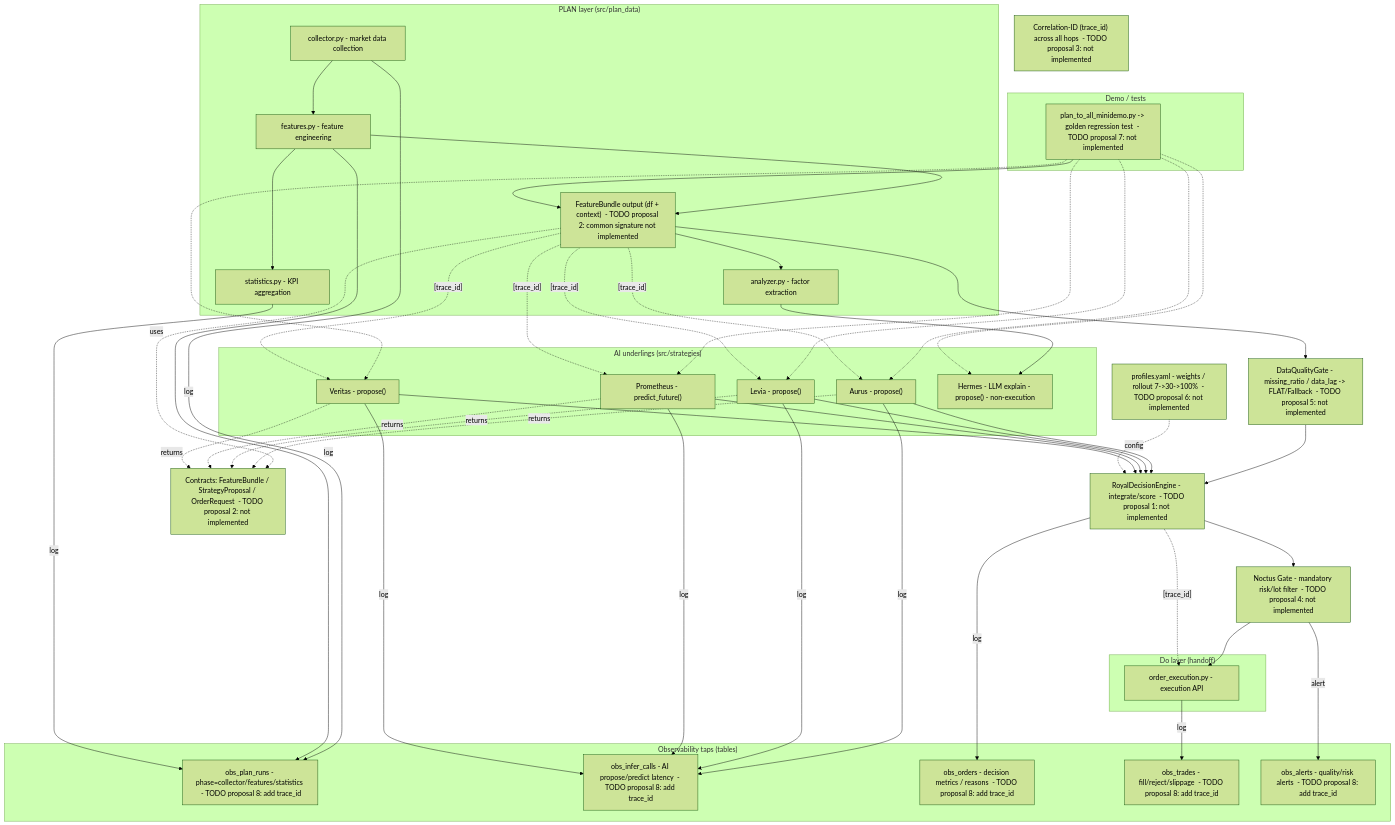
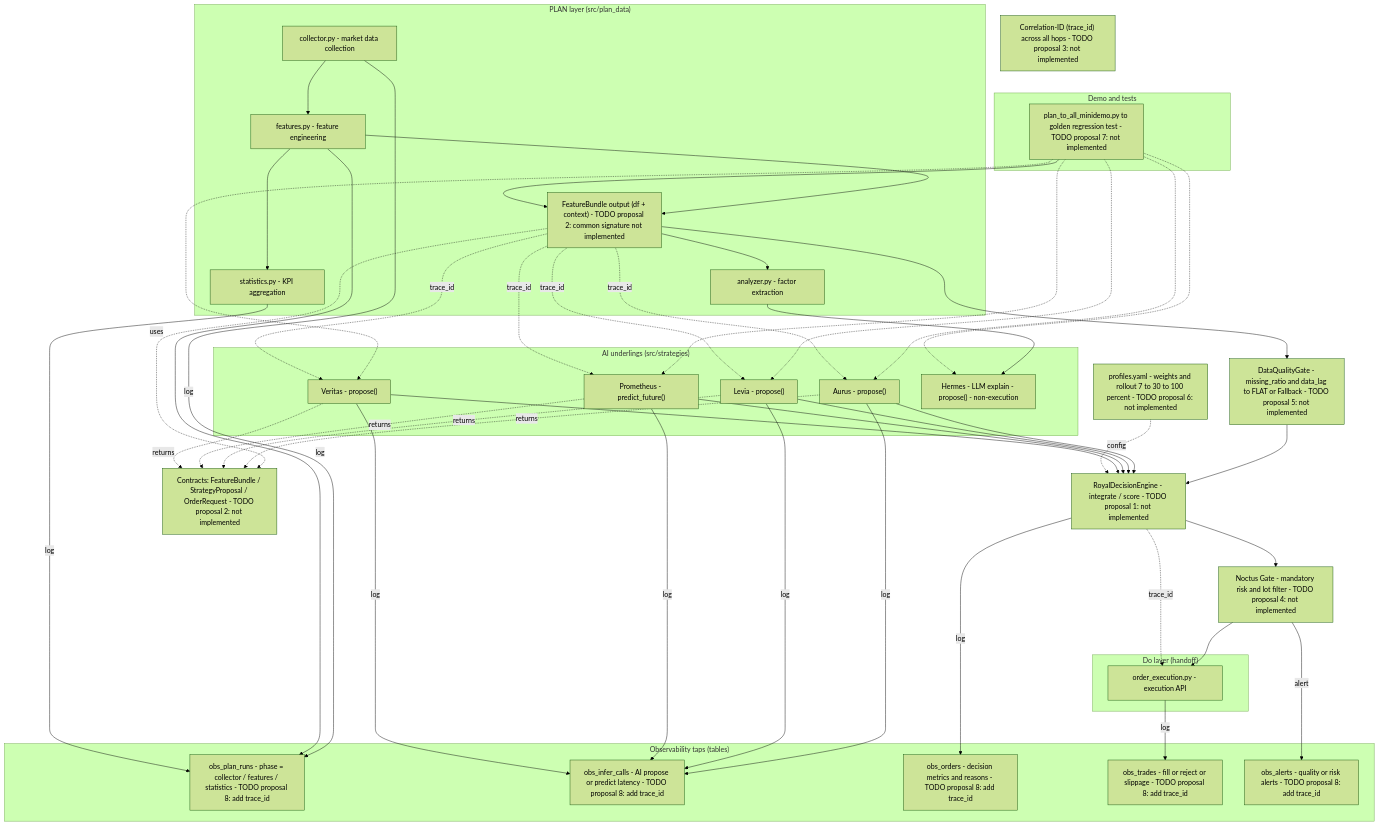
The diagram in docs/architecture/diagrams/plan_layer.mmd (Noctria/noctria_kingdom), drawn with Mermaid (forest theme) before and after one commit.

````diff
--- a/docs/architecture/diagrams/plan_layer.mmd
+++ b/docs/architecture/diagrams/plan_layer.mmd
@@ -1,99 +1,97 @@
-```mermaid
 graph TD
 
 %% ======= PLAN layer =======
 subgraph PLAN ["PLAN layer (src/plan_data)"]
   COLLECT["collector.py - market data collection"]
   FEATURES["features.py - feature engineering"]
-  FEATDF["FeatureBundle output (df + context)  - TODO proposal 2: common signature not implemented"]
+  FEATDF["FeatureBundle output (df + context) - TODO proposal 2: common signature not implemented"]
   ANALYZER["analyzer.py - factor extraction"]
   STATS["statistics.py - KPI aggregation"]
 end
 
 %% ======= AI underlings (Hermes is non-execution) =======
 subgraph AI_UNDERLINGS ["AI underlings (src/strategies)"]
   AURUS["Aurus - propose()"]
   LEVIA["Levia - propose()"]
   PROM["Prometheus - predict_future()"]
   VERITAS["Veritas - propose()"]
   HERMES["Hermes - LLM explain - propose() - non-execution"]
 end
 
 %% ======= Decision integration & risk gate (not implemented) =======
-DECISION["RoyalDecisionEngine - integrate/score  - TODO proposal 1: not implemented"]
-NOCTUSGATE["Noctus Gate - mandatory risk/lot filter  - TODO proposal 4: not implemented"]
-QUALITY["DataQualityGate - missing_ratio / data_lag -> FLAT/Fallback  - TODO proposal 5: not implemented"]
-PROFILES["profiles.yaml - weights / rollout 7->30->100%  - TODO proposal 6: not implemented"]
-CONTRACTS["Contracts: FeatureBundle / StrategyProposal / OrderRequest  - TODO proposal 2: not implemented"]
-TRACEID["Correlation-ID (trace_id) across all hops  - TODO proposal 3: not implemented"]
+DECISION["RoyalDecisionEngine - integrate / score - TODO proposal 1: not implemented"]
+NOCTUSGATE["Noctus Gate - mandatory risk and lot filter - TODO proposal 4: not implemented"]
+QUALITY["DataQualityGate - missing_ratio and data_lag to FLAT or Fallback - TODO proposal 5: not implemented"]
+PROFILES["profiles.yaml - weights and rollout 7 to 30 to 100 percent - TODO proposal 6: not implemented"]
+CONTRACTS["Contracts: FeatureBundle / StrategyProposal / OrderRequest - TODO proposal 2: not implemented"]
+TRACEID["Correlation-ID (trace_id) across all hops - TODO proposal 3: not implemented"]
 
 %% ======= Do layer (handoff) =======
 subgraph DO_LAYER ["Do layer (handoff)"]
   ORDER["order_execution.py - execution API"]
 end
 
 %% ======= Demo / tests (not implemented) =======
-subgraph DEMO ["Demo / tests"]
-  GOLDEN["plan_to_all_minidemo.py -> golden regression test  - TODO proposal 7: not implemented"]
+subgraph DEMO ["Demo and tests"]
+  GOLDEN["plan_to_all_minidemo.py to golden regression test - TODO proposal 7: not implemented"]
 end
 
 %% ======= Observability taps (not implemented) =======
 subgraph OBS ["Observability taps (tables)"]
-  OBS_PLAN["obs_plan_runs - phase=collector/features/statistics  - TODO proposal 8: add trace_id"]
-  OBS_INFER["obs_infer_calls - AI propose/predict latency  - TODO proposal 8: add trace_id"]
-  OBS_ORD["obs_orders - decision metrics / reasons  - TODO proposal 8: add trace_id"]
-  OBS_TRD["obs_trades - fill/reject/slippage  - TODO proposal 8: add trace_id"]
-  OBS_ALT["obs_alerts - quality/risk alerts  - TODO proposal 8: add trace_id"]
+  OBS_PLAN["obs_plan_runs - phase = collector / features / statistics - TODO proposal 8: add trace_id"]
+  OBS_INFER["obs_infer_calls - AI propose or predict latency - TODO proposal 8: add trace_id"]
+  OBS_ORD["obs_orders - decision metrics and reasons - TODO proposal 8: add trace_id"]
+  OBS_TRD["obs_trades - fill or reject or slippage - TODO proposal 8: add trace_id"]
+  OBS_ALT["obs_alerts - quality or risk alerts - TODO proposal 8: add trace_id"]
 end
 
 %% ======= PLAN flow =======
 COLLECT --> FEATURES --> STATS
 FEATURES --> FEATDF
 FEATDF --> ANALYZER
 ANALYZER --> HERMES
 
 %% ======= Contracts (not implemented) =======
 FEATDF -. uses .-> CONTRACTS
 AURUS -. returns .-> CONTRACTS
 LEVIA -. returns .-> CONTRACTS
 PROM  -. returns .-> CONTRACTS
 VERITAS -. returns .-> CONTRACTS
 
 %% ======= Decision integration path (not implemented) =======
 FEATDF --> QUALITY
 QUALITY --> DECISION
 AURUS --> DECISION
 LEVIA --> DECISION
 PROM  --> DECISION
 VERITAS --> DECISION
 PROFILES -. config .-> DECISION
 DECISION --> NOCTUSGATE
 NOCTUSGATE --> ORDER
 
 %% ======= Demo edges =======
 GOLDEN --> FEATDF
 GOLDEN -.-> AURUS
 GOLDEN -.-> LEVIA
 GOLDEN -.-> PROM
 GOLDEN -.-> VERITAS
 GOLDEN -.-> HERMES
 
 %% ======= Observability taps =======
 COLLECT  -->|log| OBS_PLAN
 FEATURES -->|log| OBS_PLAN
 STATS    -->|log| OBS_PLAN
 AURUS    -->|log| OBS_INFER
 LEVIA    -->|log| OBS_INFER
 PROM     -->|log| OBS_INFER
 VERITAS  -->|log| OBS_INFER
 DECISION -->|log| OBS_ORD
 NOCTUSGATE -->|alert| OBS_ALT
 ORDER    -->|log| OBS_TRD
 
 %% ======= trace_id notes (not implemented) =======
-FEATDF -. "[trace_id]" .-> AURUS
-FEATDF -. "[trace_id]" .-> LEVIA
-FEATDF -. "[trace_id]" .-> PROM
-FEATDF -. "[trace_id]" .-> VERITAS
-DECISION -. "[trace_id]" .-> ORDER
-```
+FEATDF -. trace_id .-> AURUS
+FEATDF -. trace_id .-> LEVIA
+FEATDF -. trace_id .-> PROM
+FEATDF -. trace_id .-> VERITAS
+DECISION -. trace_id .-> ORDER
````
